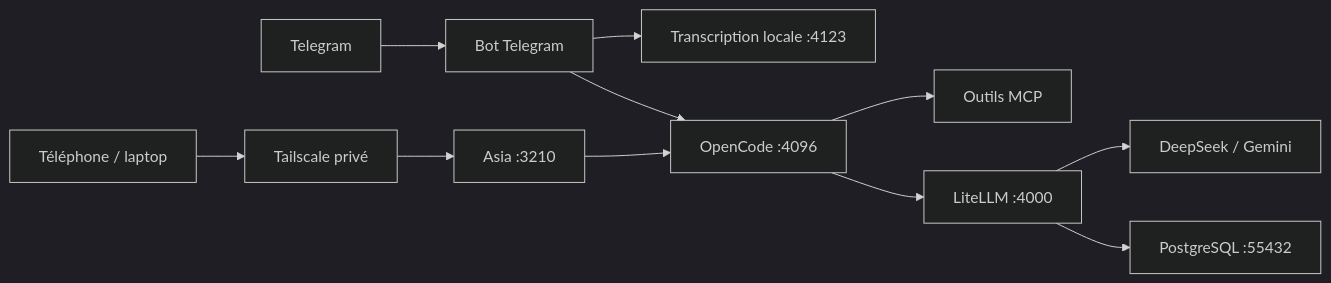
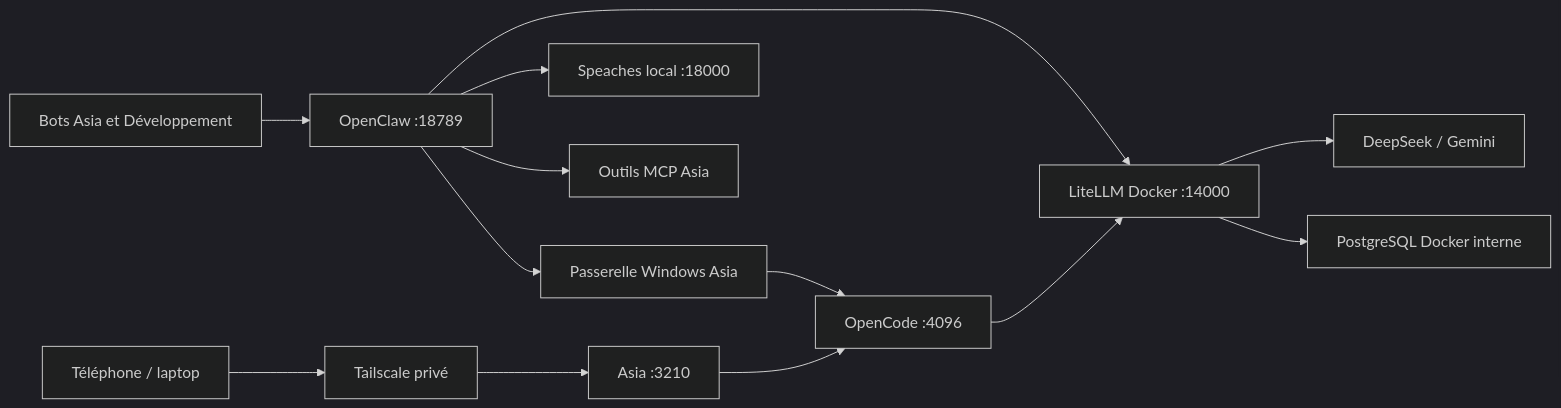
One commit to Abdourahmandev/Platforme_agentique changed the diagram in README.md. Above: the diagram before and after it, drawn with Mermaid (dark theme). The commit also changed other lines of this file and 10 other files, not shown here.

Commit message:
Record Asia OpenClaw handoff and preserve rollback journal in backups

````diff
--- a/README.md
+++ b/README.md
@@ -9,13 +9,15 @@
 ```mermaid
 flowchart LR
     Browser[Téléphone / laptop] --> Tailscale[Tailscale privé]
     Tailscale --> Asia[Asia :3210]
-    Telegram[Telegram] --> Bot[Bot Telegram]
-    Bot --> Speech[Transcription locale :4123]
+    Telegram[Bots Asia et Développement] --> Claw[OpenClaw :18789]
+    Claw --> Speech[Speaches local :18000]
+    Claw --> MCP[Outils MCP Asia]
+    Claw --> LiteLLM[LiteLLM Docker :14000]
+    Claw --> Bridge[Passerelle Windows Asia]
+    Bridge --> OpenCode
     Asia --> OpenCode[OpenCode :4096]
-    Bot --> OpenCode
-    OpenCode --> MCP[Outils MCP]
-    OpenCode --> LiteLLM[LiteLLM :4000]
+    OpenCode --> LiteLLM
     LiteLLM --> Providers[DeepSeek / Gemini]
-    LiteLLM --> PostgreSQL[PostgreSQL :55432]
+    LiteLLM --> PostgreSQL[PostgreSQL Docker interne]
 ```
````
